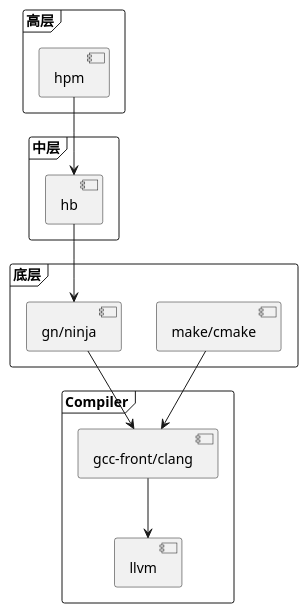
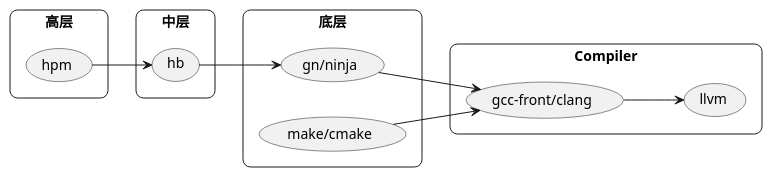
The first of 4 diagrams in build.md (ohoz/rtfsc), drawn with PlantUML before and after one commit. The commit also changed other lines of this file and 2 other files, not shown here.

Commit message:
完成 prebuilts 中的 sysroot

````diff
--- a/build.md
+++ b/build.md
@@ -5,19 +5,21 @@
 ```plantuml
 @startuml
-frame "高层" {
-    [hpm]
+left to right direction
+skinparam roundCorner 15
+rectangle "高层" {
+    (hpm)
 }
-frame "中层" {
-    [hpm] --> [hb]
+rectangle "中层" {
+    (hpm) --> (hb)
 }
-frame "底层" {
-    [make/cmake]
-    [hb] --> [gn/ninja]
+rectangle "底层" {
+    (hb) --> (gn/ninja)
+    (make/cmake)
 }
-frame "Compiler" {
-	[make/cmake] --> [gcc-front/clang]
-    [gn/ninja] --> [gcc-front/clang]
-    [gcc-front/clang] --> [llvm]
+rectangle "Compiler" {
+	(make/cmake) --> (gcc-front/clang)
+    (gn/ninja) --> (gcc-front/clang)
+    (gcc-front/clang) --> (llvm)
 }
 @enduml
 ```
````
